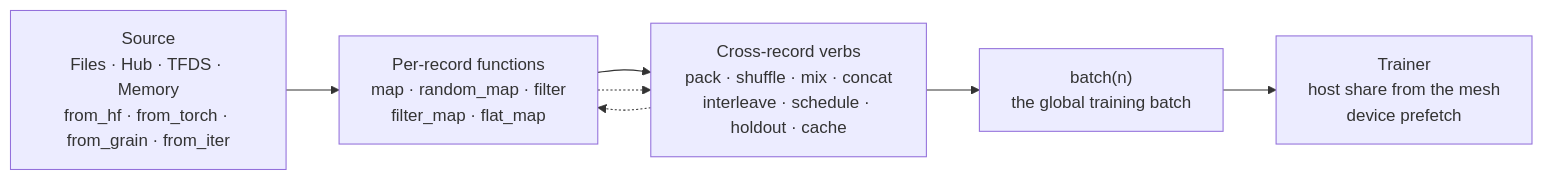
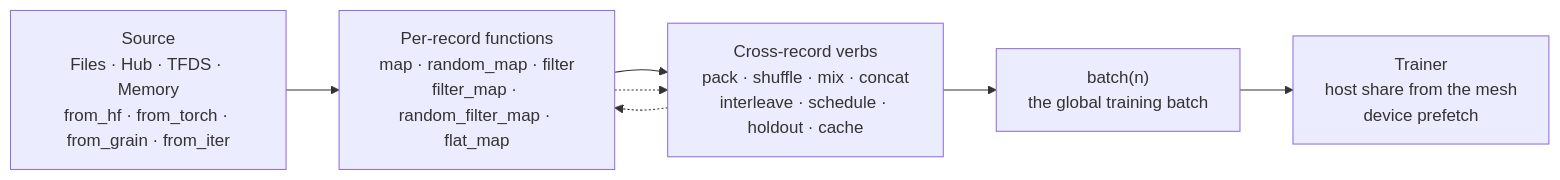
Before and after one commit to AshishKumar4/dew: the first of 6 diagrams in docs/design/data.md, drawn with Mermaid. The commit also changed other lines of this file and 7 other files, not shown here.

First line of the commit message:
data: random_filter_map draws and drops; filter_map reads the record alone

````diff
--- a/docs/design/data.md
+++ b/docs/design/data.md
@@ -17,11 +17,11 @@
 ```mermaid
 flowchart LR
   S["Source<br/>Files · Hub · TFDS · Memory<br/>from_hf · from_torch · from_grain · from_iter"]
-  R["Per-record functions<br/>map · random_map · filter<br/>filter_map · flat_map"]
+  R["Per-record functions<br/>map · random_map · filter<br/>filter_map · random_filter_map · flat_map"]
   X["Cross-record verbs<br/>pack · shuffle · mix · concat<br/>interleave · schedule · holdout · cache"]
   B["batch(n)<br/>the global training batch"]
   T["Trainer<br/>host share from the mesh<br/>device prefetch"]
   S --> R --> X --> B --> T
   R -.-> X
   X -.-> R
 ```
````
